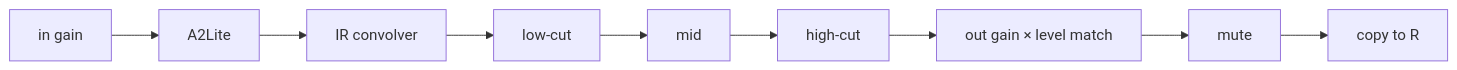
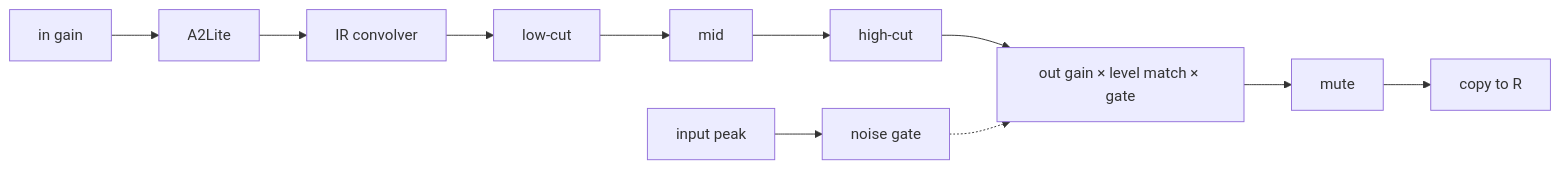
Before and after one commit to jimbattin/ducky: the diagram in docs/FILTERS.md, drawn with Mermaid. The commit also changed other lines of this file and 33 other files, not shown here.

Commit message:
Per-preset noise gate with editor controls and meter

````diff
--- a/docs/FILTERS.md
+++ b/docs/FILTERS.md
@@ -9,4 +9,5 @@
 ```mermaid
 graph LR
-  IN[in gain] --> NAM[A2Lite] --> IR[IR convolver] --> LC[low-cut] --> MID[mid] --> HC[high-cut] --> OUT[out gain × level match] --> M[mute] --> R[copy to R]
+  IN[in gain] --> NAM[A2Lite] --> IR[IR convolver] --> LC[low-cut] --> MID[mid] --> HC[high-cut] --> OUT[out gain × level match × gate] --> M[mute] --> R[copy to R]
+  JACK[input peak] --> G[noise gate] -.-> OUT
 ```
````
